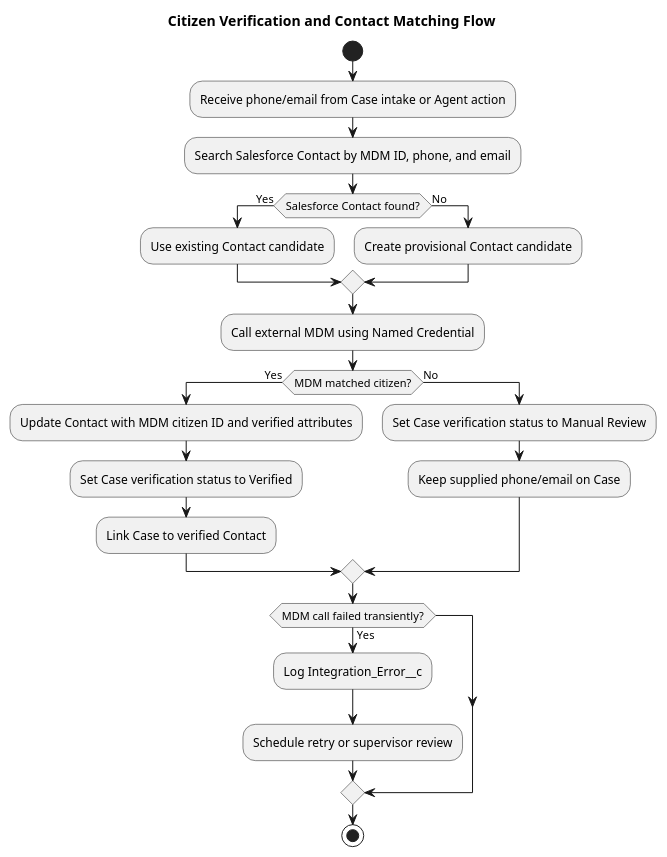
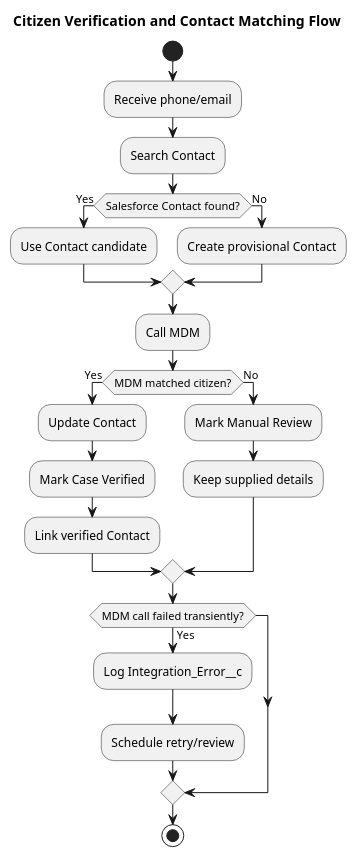
Before and after one commit to jimmytobing/virtusa: the diagram in puml task2/09.02 Citizen Verification Flow.puml, drawn with PlantUML. The commit also changed 29 other files, not shown here.

```diff
--- a/puml task2/09.02 Citizen Verification Flow.puml
+++ b/puml task2/09.02 Citizen Verification Flow.puml
@@ -1,32 +1,32 @@
 @startuml
 title Citizen Verification and Contact Matching Flow
 
 start
 
-:Receive phone/email from Case intake or Agent action;
-:Search Salesforce Contact by MDM ID, phone, and email;
+:Receive phone/email;
+:Search Contact;
 
 if (Salesforce Contact found?) then (Yes)
-  :Use existing Contact candidate;
+  :Use Contact candidate;
 else (No)
-  :Create provisional Contact candidate;
+  :Create provisional Contact;
 endif
 
-:Call external MDM using Named Credential;
+:Call MDM;
 
 if (MDM matched citizen?) then (Yes)
-  :Update Contact with MDM citizen ID and verified attributes;
-  :Set Case verification status to Verified;
-  :Link Case to verified Contact;
+  :Update Contact;
+  :Mark Case Verified;
+  :Link verified Contact;
 else (No)
-  :Set Case verification status to Manual Review;
-  :Keep supplied phone/email on Case;
+  :Mark Manual Review;
+  :Keep supplied details;
 endif
 
 if (MDM call failed transiently?) then (Yes)
   :Log Integration_Error__c;
-  :Schedule retry or supervisor review;
+  :Schedule retry/review;
 endif
 
 stop
 @enduml
```
